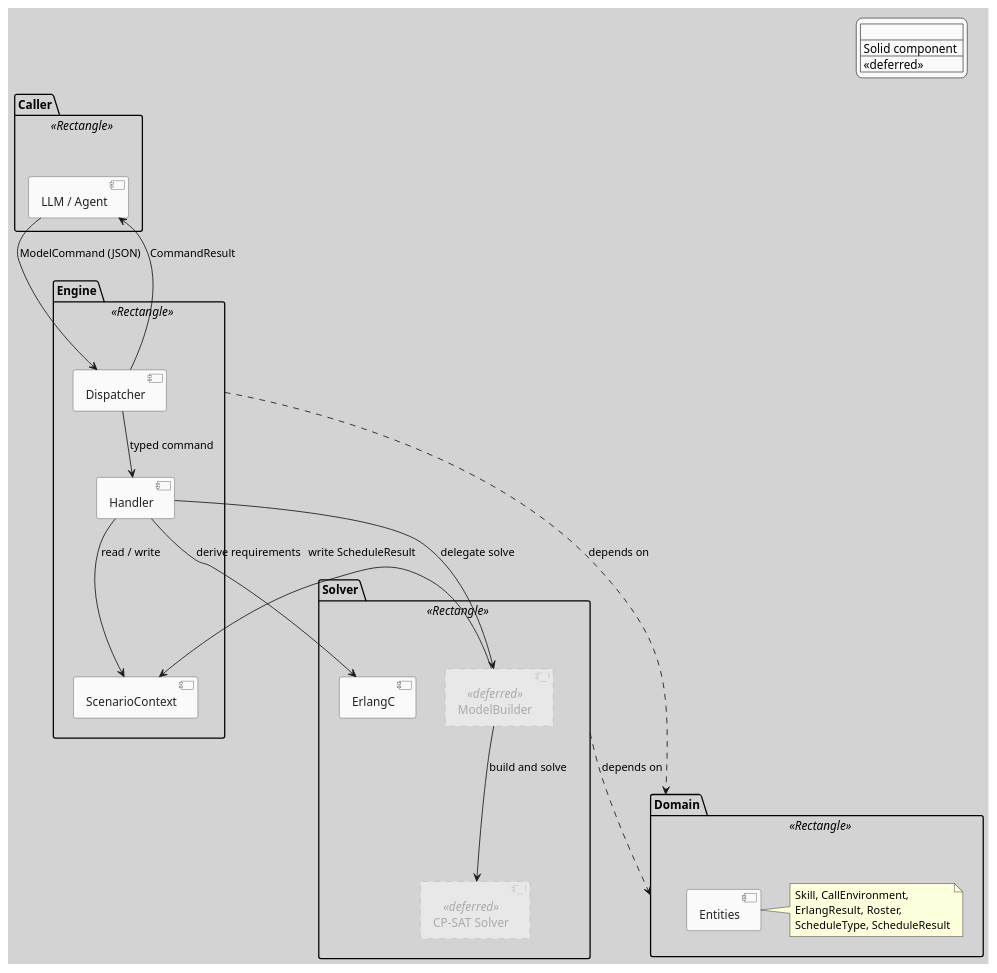
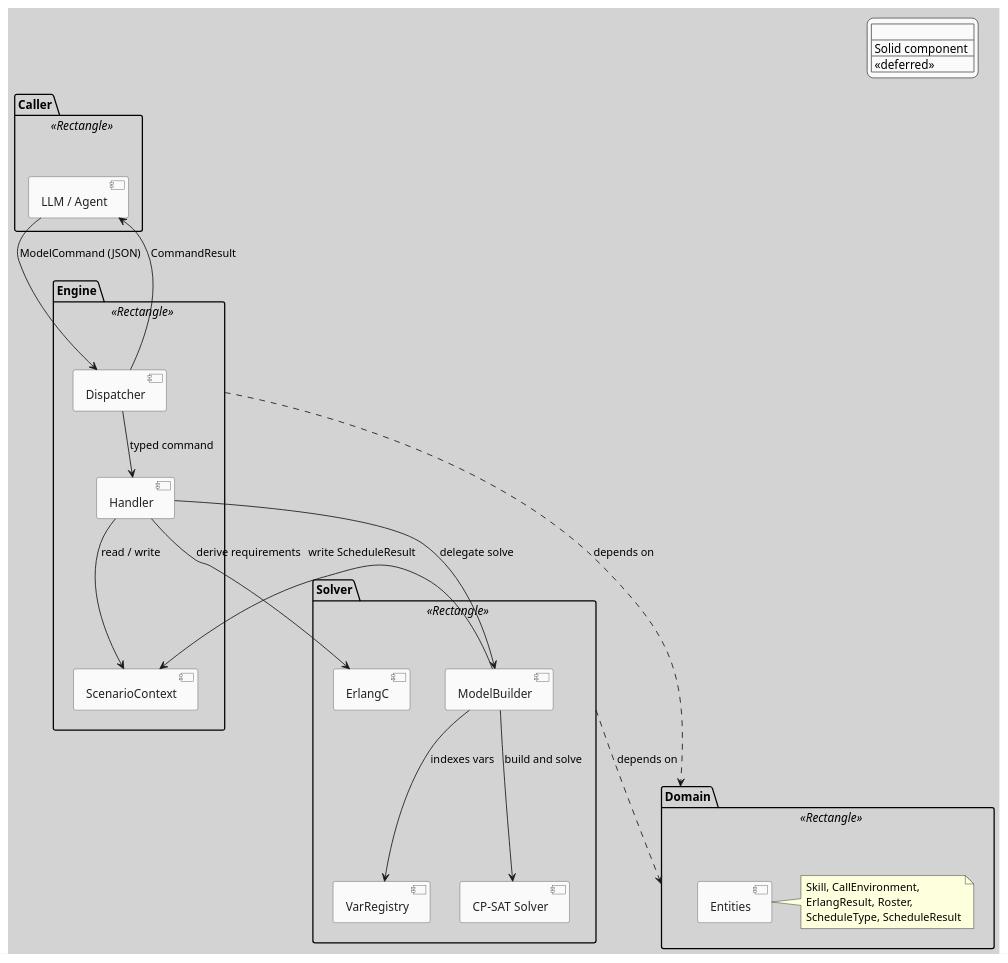
One commit to neon-tetra/schedule-architect changed the diagram in docs/uml/architecture_component.puml. Above: the diagram before and after it, drawn with PlantUML. The commit also changed 4 other files, not shown here.

Commit message:
Update UML diagrams to match implemented solver/domain state

```diff
--- a/docs/uml/architecture_component.puml
+++ b/docs/uml/architecture_component.puml
@@ -1,72 +1,74 @@
 @startuml architecture_component
 
 skinparam backgroundColor #D3D3D3
 skinparam defaultFontName Segoe UI
 
 skinparam component {
     BackgroundColor #FAFAFA
     BorderColor #555555
     FontColor #222222
     BackgroundColor<<deferred>> #E8E8E8
     BorderColor<<deferred>> #AAAAAA
     FontColor<<deferred>> #AAAAAA
     BorderStyle<<deferred>> dashed
 }
 
 skinparam legend {
     BackgroundColor #FAFAFA
     BorderColor #555555
 }
 
 legend top right
   <#FAFAFA,#555555>|                          |
   | Solid component  | Implemented            |
   | <<deferred>>     | Planned / future       |
 endlegend
 
 ' ─────────────────────────────────────────
 ' LAYERS
 ' ─────────────────────────────────────────
 
 package "Caller" <<Rectangle>> {
     [LLM / Agent] as LLM
 }
 
 package "Engine" <<Rectangle>> {
     [Dispatcher] as Dispatcher
     [Handler] as Handler
     [ScenarioContext] as Context
 }
 
 package "Solver" <<Rectangle>> {
     [ErlangC] as ErlangC
-    [ModelBuilder] <<deferred>> as ModelBuilder
-    [CP-SAT Solver] <<deferred>> as CPSAT
+    [VarRegistry] as VarRegistry
+    [ModelBuilder] as ModelBuilder
+    [CP-SAT Solver] as CPSAT
 }
 
 package "Domain" <<Rectangle>> {
     [Entities] as Entities
     note right of Entities
         Skill, CallEnvironment,
         ErlangResult, Roster,
         ScheduleType, ScheduleResult
     end note
 }
 
 ' ─────────────────────────────────────────
 ' INTERACTIONS
 ' ─────────────────────────────────────────
 
 LLM --> Dispatcher : ModelCommand (JSON)
 Dispatcher --> Handler : typed command
 Handler --> Context : read / write
 Handler --> ModelBuilder : delegate solve
 ModelBuilder --> CPSAT : build and solve
+ModelBuilder --> VarRegistry : indexes vars
 ModelBuilder --> Context : write ScheduleResult
 Dispatcher --> LLM : CommandResult
 Handler --> ErlangC : derive requirements
 
 Engine ..> Domain : depends on
 Solver ..> Domain : depends on
 
 @enduml
```
